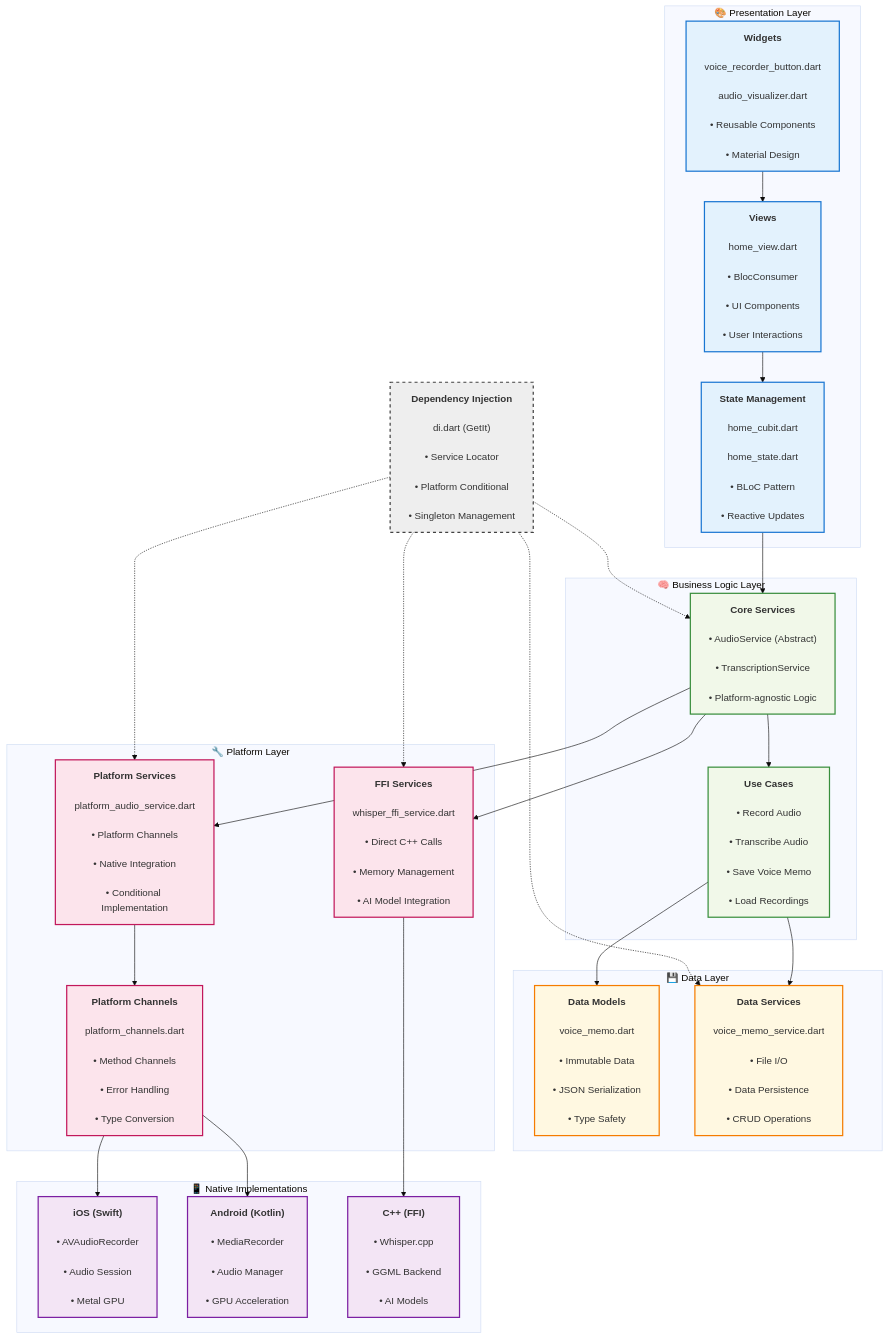
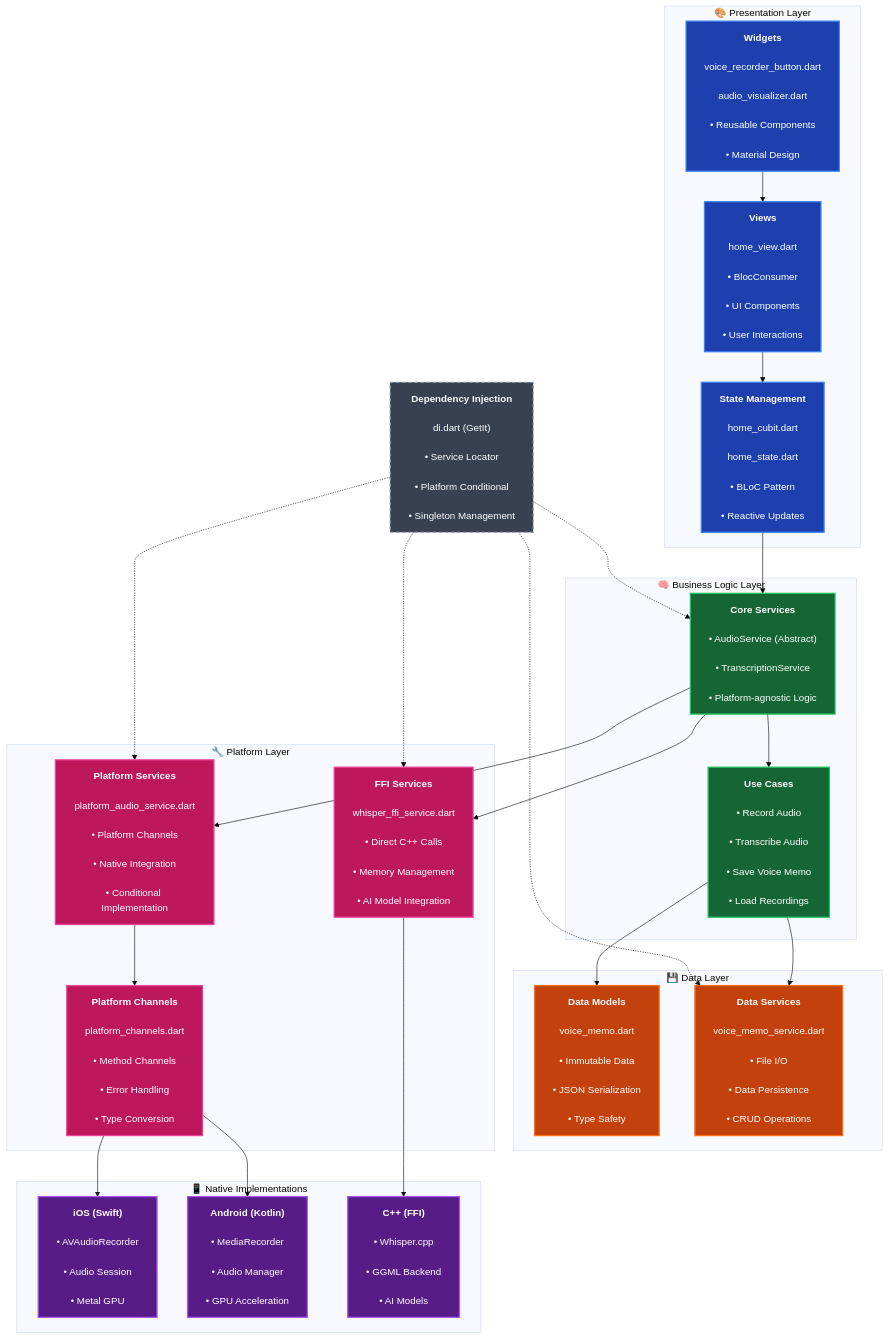
Before and after one commit to esrakadah/flutter_voice_bridge: the first of 2 diagrams in WORKSHOP_GUIDE.md, drawn with Mermaid (base theme). The commit also changed 1 other file, not shown here.

Commit message:
Update README and WORKSHOP_GUIDE for dark mode styling enhancements
- Modified README.md to implement dark mode friendly styling for various components, improving visual accessibility.
- Updated WORKSHOP_GUIDE.md with similar dark mode styling adjustments, ensuring consistency across documentation.
- Enhanced color definitions for better contrast and readability in both files, aligning with modern design practices.

```diff
--- a/WORKSHOP_GUIDE.md
+++ b/WORKSHOP_GUIDE.md
@@ -156,13 +156,13 @@
     DI -.-> FFIServices
     DI -.-> DataServices
     
-    %% Styling
-    classDef presentation fill:#e3f2fd,stroke:#1976d2,stroke-width:2px
-    classDef business fill:#f1f8e9,stroke:#388e3c,stroke-width:2px
-    classDef data fill:#fff8e1,stroke:#f57c00,stroke-width:2px
-    classDef platform fill:#fce4ec,stroke:#c2185b,stroke-width:2px
-    classDef native fill:#f3e5f5,stroke:#7b1fa2,stroke-width:2px
-    classDef di fill:#eeeeee,stroke:#424242,stroke-width:2px,stroke-dasharray: 5 5
+    %% Styling - Dark mode friendly
+    classDef presentation fill:#1e40af,stroke:#3b82f6,stroke-width:2px,color:#ffffff
+    classDef business fill:#166534,stroke:#22c55e,stroke-width:2px,color:#ffffff
+    classDef data fill:#c2410c,stroke:#f97316,stroke-width:2px,color:#ffffff
+    classDef platform fill:#be185d,stroke:#ec4899,stroke-width:2px,color:#ffffff
+    classDef native fill:#581c87,stroke:#a855f7,stroke-width:2px,color:#ffffff
+    classDef di fill:#374151,stroke:#9ca3af,stroke-width:2px,stroke-dasharray: 5 5,color:#ffffff
     
     class Views,Widgets,Cubit presentation
     class Services,UseCases business
```
